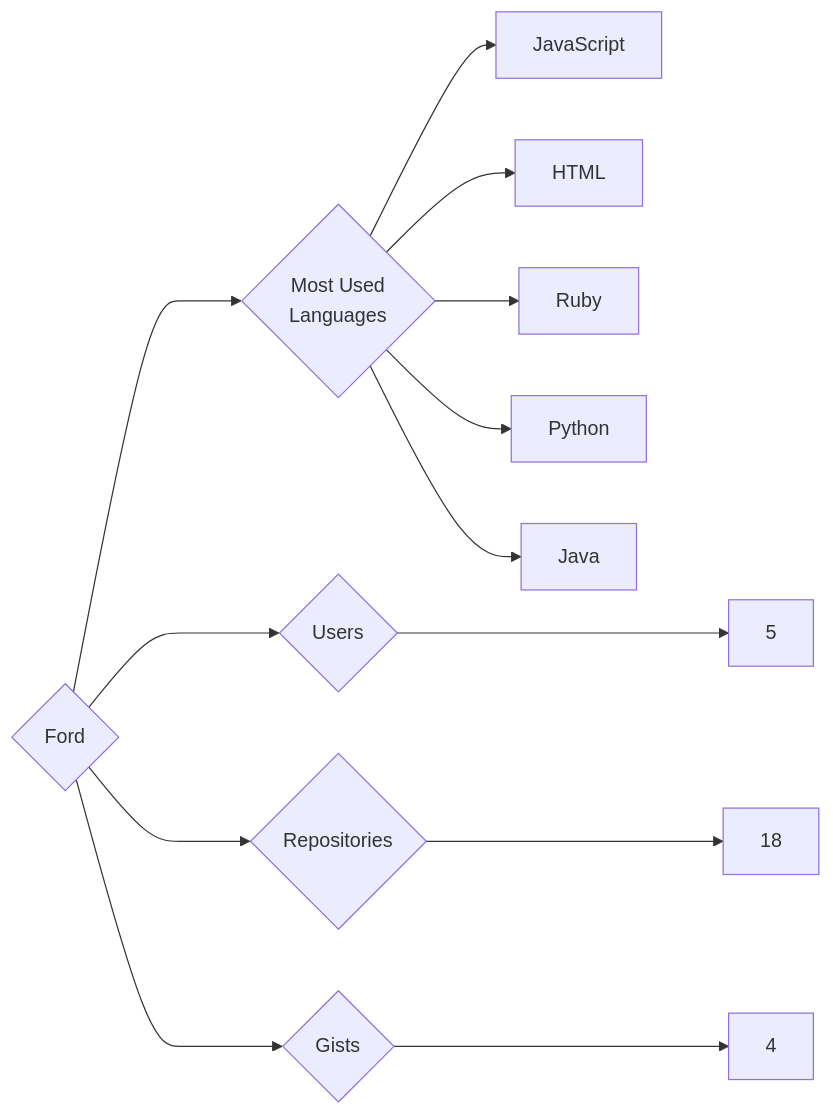
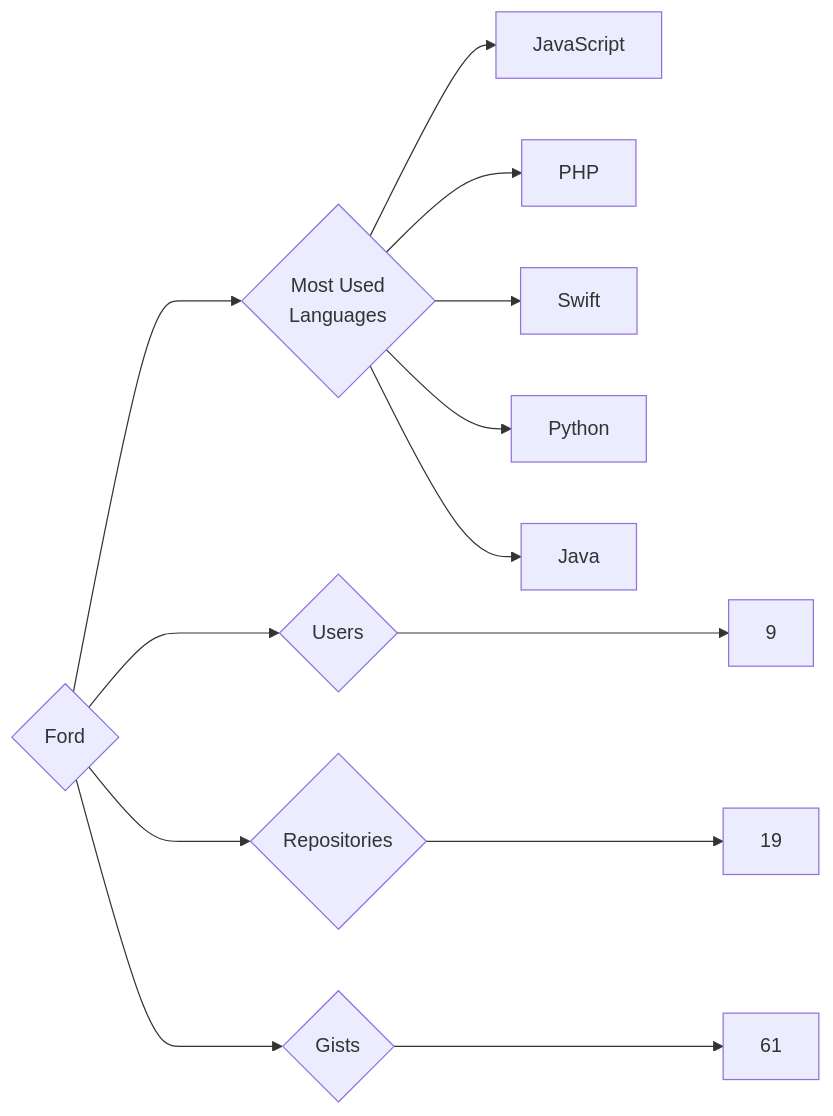
One commit to trickest/insiders changed the diagram in targets/Ford/README.md. Above: the diagram before and after it, drawn with Mermaid. The commit also changed 859 other files, not shown here.

````diff
--- a/targets/Ford/README.md
+++ b/targets/Ford/README.md
@@ -3,13 +3,13 @@
 ```mermaid
 graph LR
 COMPANY_NAME{Ford}
-COMPANY_NAME ---> U{Users} ---> UN[5]
-COMPANY_NAME ---> R{Repositories} ---> RN[18]
-COMPANY_NAME ---> G{Gists} ---> GN[4]
+COMPANY_NAME ---> U{Users} ---> UN[9]
+COMPANY_NAME ---> R{Repositories} ---> RN[19]
+COMPANY_NAME ---> G{Gists} ---> GN[61]
 COMPANY_NAME ---> ML{Most Used<br>Languages}
 ML --> JavaScript[JavaScript]
-ML --> HTML[HTML]
-ML --> Ruby[Ruby]
+ML --> PHP[PHP]
+ML --> Swift[Swift]
 ML --> Python[Python]
 ML --> Java[Java]
 ```
````
